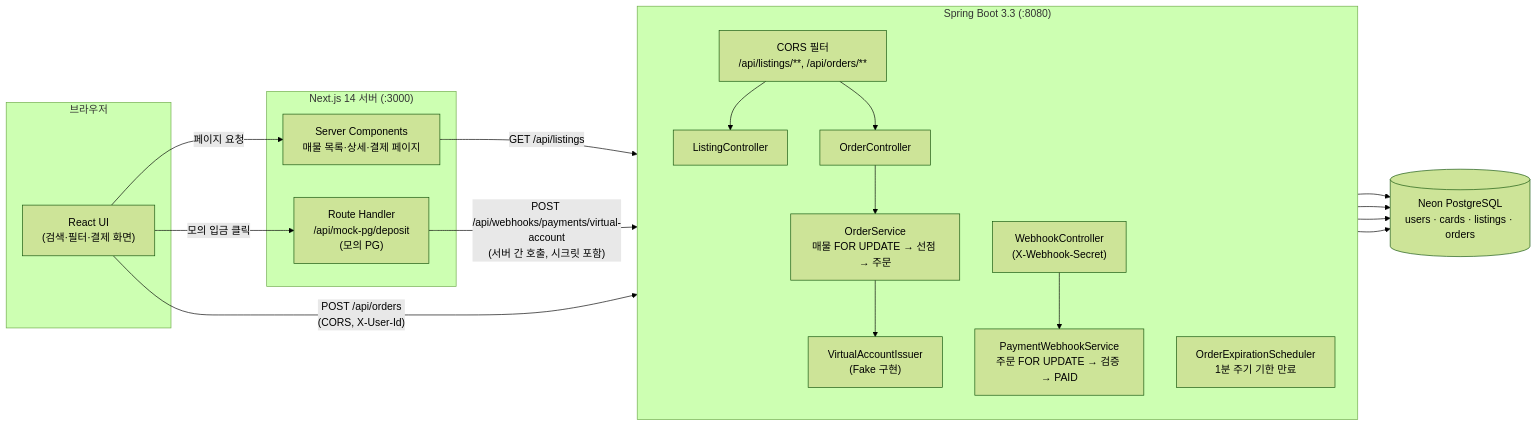
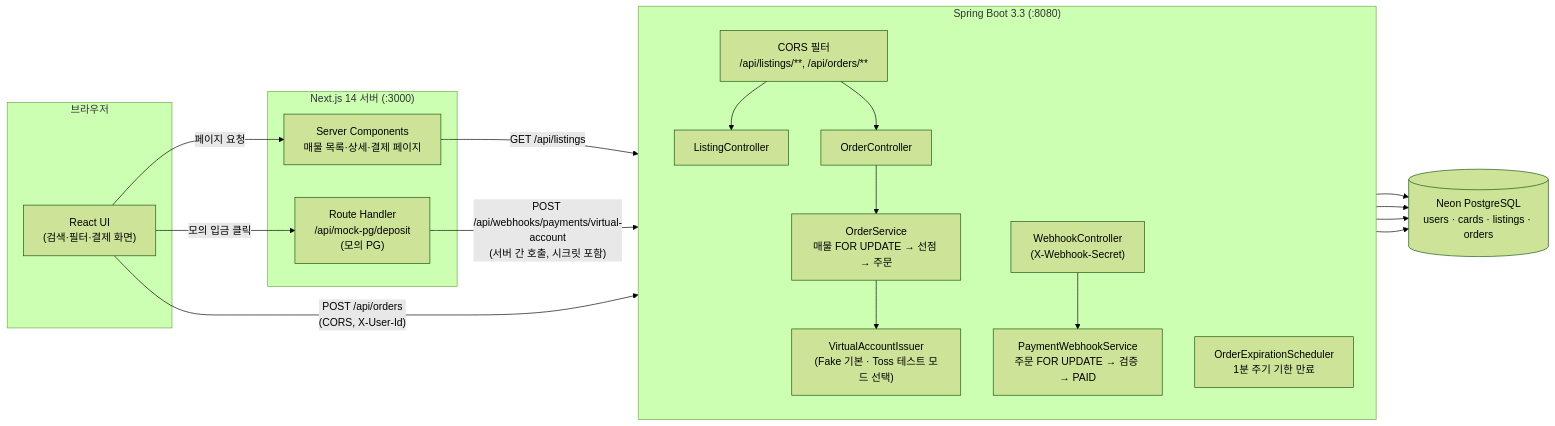
The first of 5 diagrams in README.md (Dev-Gony/poketrade), drawn with Mermaid (forest theme) before and after one commit. The commit also changed other lines of this file and 25 other files, not shown here.

First line of the commit message:
Add optional Toss Payments test-mode virtual account provider

````diff
--- a/README.md
+++ b/README.md
@@ -92,35 +92,35 @@
 ```mermaid
 flowchart LR
     subgraph Client["브라우저"]
         UI["React UI<br/>(검색·필터·결제 화면)"]
     end
 
     subgraph Next["Next.js 14 서버 (:3000)"]
         RSC["Server Components<br/>매물 목록·상세·결제 페이지"]
         PG["Route Handler<br/>/api/mock-pg/deposit<br/>(모의 PG)"]
     end
 
     subgraph Spring["Spring Boot 3.3 (:8080)"]
         direction TB
         CORS["CORS 필터<br/>/api/listings/**, /api/orders/**"]
         LC["ListingController"]
         OC["OrderController"]
         WC["WebhookController<br/>(X-Webhook-Secret)"]
         OS["OrderService<br/>매물 FOR UPDATE → 선점 → 주문"]
         WS["PaymentWebhookService<br/>주문 FOR UPDATE → 검증 → PAID"]
         SCH["OrderExpirationScheduler<br/>1분 주기 기한 만료"]
-        VA["VirtualAccountIssuer<br/>(Fake 구현)"]
+        VA["VirtualAccountIssuer<br/>(Fake 기본 · Toss 테스트 모드 선택)"]
         CORS --> LC & OC
         OC --> OS --> VA
         WC --> WS
     end
 
     DB[("Neon PostgreSQL<br/>users · cards · listings · orders")]
 
     UI -- "페이지 요청" --> RSC
     RSC -- "GET /api/listings" --> CORS
     UI -- "POST /api/orders<br/>(CORS, X-User-Id)" --> CORS
     UI -- "모의 입금 클릭" --> PG
     PG -- "POST /api/webhooks/payments/virtual-account<br/>(서버 간 호출, 시크릿 포함)" --> WC
     OS & WS & SCH & LC --> DB
 ```
````
